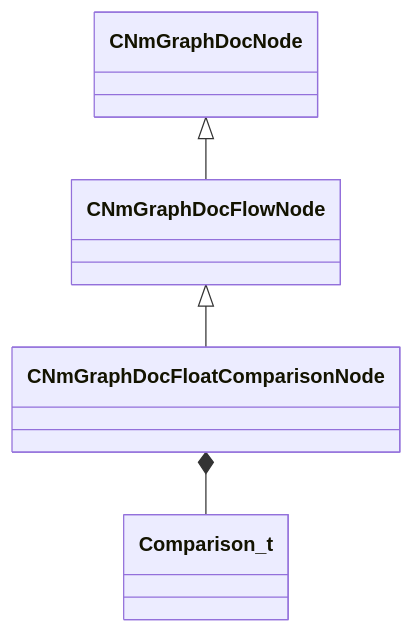
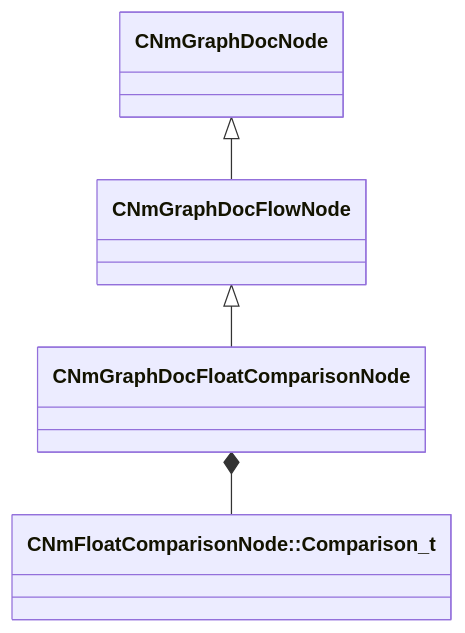
The diagram in docs/generated/schemas/animdoclib/CNmGraphDocFloatComparisonNode.md (CS2OpenDev/CS2OpenDev-Docs), drawn with Mermaid before and after one commit. The commit also changed other lines of this file and 4525 other files, not shown here.

````diff
--- a/docs/generated/schemas/animdoclib/CNmGraphDocFloatComparisonNode.md
+++ b/docs/generated/schemas/animdoclib/CNmGraphDocFloatComparisonNode.md
@@ -17,6 +19,6 @@
 ```mermaid
 classDiagram
     CNmGraphDocFlowNode <|-- CNmGraphDocFloatComparisonNode
     CNmGraphDocNode <|-- CNmGraphDocFlowNode
-    CNmGraphDocFloatComparisonNode *-- Comparison_t
+    CNmGraphDocFloatComparisonNode *-- `CNmFloatComparisonNode::Comparison_t`
 ```
````
